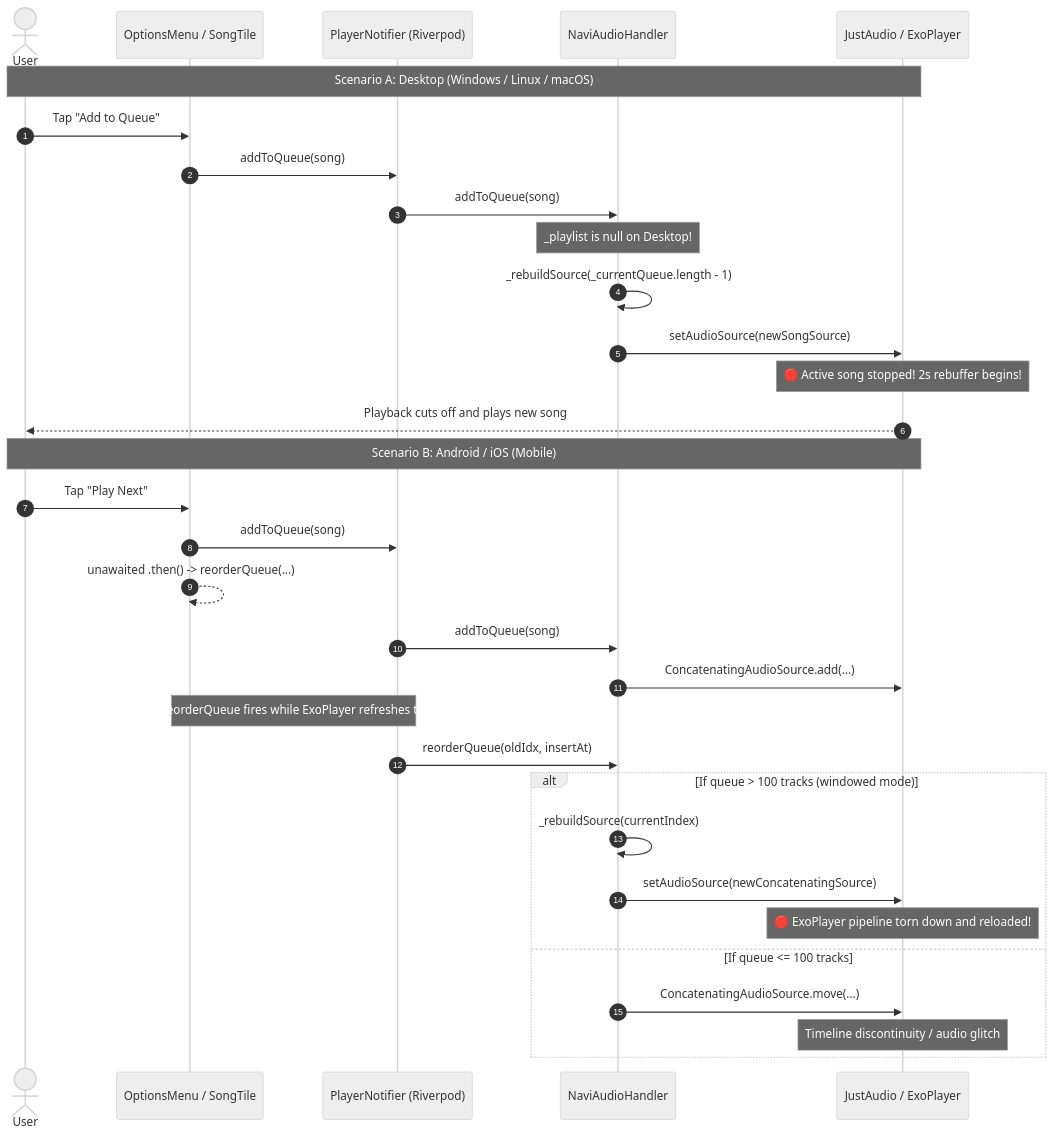
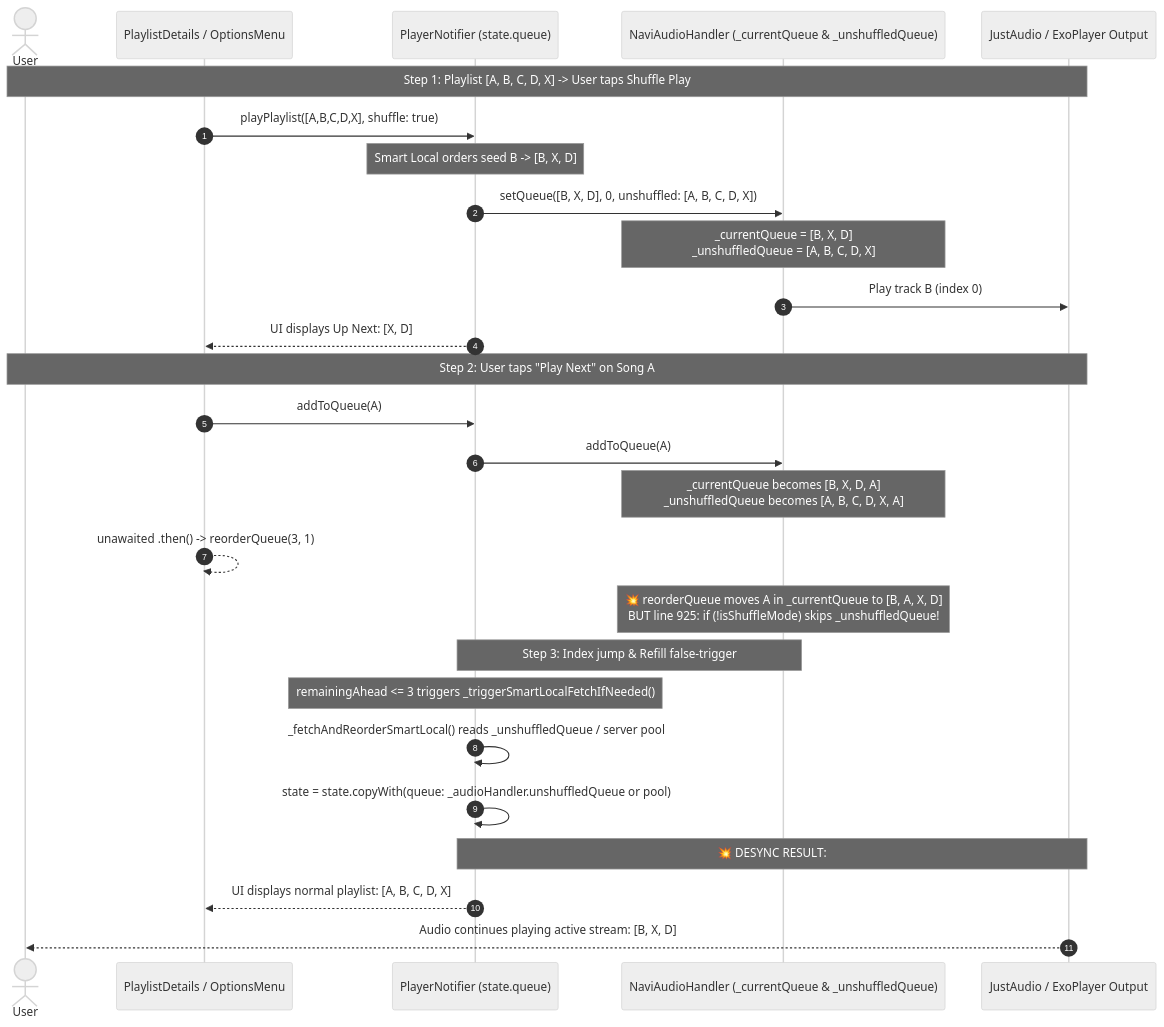
Before and after one commit to Subicharan1018/flutter-_navi: the diagram in QUEUE_INVESTIGATION_REPORT.md, drawn with Mermaid (neutral theme). The commit also changed other lines of this file, not shown here.

Commit message:
docs: document shuffle queue desync and state reset bugs in investigation report

````diff
--- a/QUEUE_INVESTIGATION_REPORT.md
+++ b/QUEUE_INVESTIGATION_REPORT.md
@@ -28,36 +33,34 @@
 ```mermaid
 sequenceDiagram
     autonumber
     actor User
-    participant UI as OptionsMenu / SongTile
-    participant Notifier as PlayerNotifier (Riverpod)
-    participant Handler as NaviAudioHandler
-    participant Engine as JustAudio / ExoPlayer
+    participant UI as PlaylistDetails / OptionsMenu
+    participant Riverpod as PlayerNotifier (state.queue)
+    participant Handler as NaviAudioHandler (_currentQueue & _unshuffledQueue)
+    participant Engine as JustAudio / ExoPlayer Output
 
-    Note over User, Engine: Scenario A: Desktop (Windows / Linux / macOS)
-    User->>UI: Tap "Add to Queue"
-    UI->>Notifier: addToQueue(song)
-    Notifier->>Handler: addToQueue(song)
-    Note over Handler: _playlist is null on Desktop!
-    Handler->>Handler: _rebuildSource(_currentQueue.length - 1)
-    Handler->>Engine: setAudioSource(newSongSource)
-    Note over Engine: 🛑 Active song stopped! 2s rebuffer begins!
-    Engine-->>User: Playback cuts off and plays new song
+    Note over User, Engine: Step 1: Playlist [A, B, C, D, X] -> User taps Shuffle Play
+    UI->>Riverpod: playPlaylist([A,B,C,D,X], shuffle: true)
+    Note over Riverpod: Smart Local orders seed B -> [B, X, D]
+    Riverpod->>Handler: setQueue([B, X, D], 0, unshuffled: [A, B, C, D, X])
+    Note over Handler: _currentQueue = [B, X, D]<br/>_unshuffledQueue = [A, B, C, D, X]
+    Handler->>Engine: Play track B (index 0)
+    Riverpod-->>UI: UI displays Up Next: [X, D]
 
-    Note over User, Engine: Scenario B: Android / iOS (Mobile)
-    User->>UI: Tap "Play Next"
-    UI->>Notifier: addToQueue(song)
-    UI-->>UI: unawaited .then() -> reorderQueue(...)
-    Notifier->>Handler: addToQueue(song)
-    Handler->>Engine: ConcatenatingAudioSource.add(...)
-    Note over UI, Notifier: Race: reorderQueue fires while ExoPlayer refreshes timeline
-    Notifier->>Handler: reorderQueue(oldIdx, insertAt)
-    alt If queue > 100 tracks (windowed mode)
-        Handler->>Handler: _rebuildSource(currentIndex)
-        Handler->>Engine: setAudioSource(newConcatenatingSource)
-        Note over Engine: 🛑 ExoPlayer pipeline torn down and reloaded!
-    else If queue <= 100 tracks
-        Handler->>Engine: ConcatenatingAudioSource.move(...)
-        Note over Engine: Timeline discontinuity / audio glitch
-    end
+    Note over User, Engine: Step 2: User taps "Play Next" on Song A
+    UI->>Riverpod: addToQueue(A)
+    Riverpod->>Handler: addToQueue(A)
+    Note over Handler: _currentQueue becomes [B, X, D, A]<br/>_unshuffledQueue becomes [A, B, C, D, X, A]
+    UI-->>UI: unawaited .then() -> reorderQueue(3, 1)
+    
+    Note over Handler: 💥 reorderQueue moves A in _currentQueue to [B, A, X, D]<br/>BUT line 925: if (!isShuffleMode) skips _unshuffledQueue!
+    
+    Note over Riverpod, Handler: Step 3: Index jump & Refill false-trigger
+    Note over Riverpod: remainingAhead <= 3 triggers _triggerSmartLocalFetchIfNeeded()
+    Riverpod->>Riverpod: _fetchAndReorderSmartLocal() reads _unshuffledQueue / server pool
+    Riverpod->>Riverpod: state = state.copyWith(queue: _audioHandler.unshuffledQueue or pool)
+    
+    Note over Riverpod, Engine: 💥 DESYNC RESULT:
+    Riverpod-->>UI: UI displays normal playlist: [A, B, C, D, X]
+    Engine-->>User: Audio continues playing active stream: [B, X, D]
 ```
````
